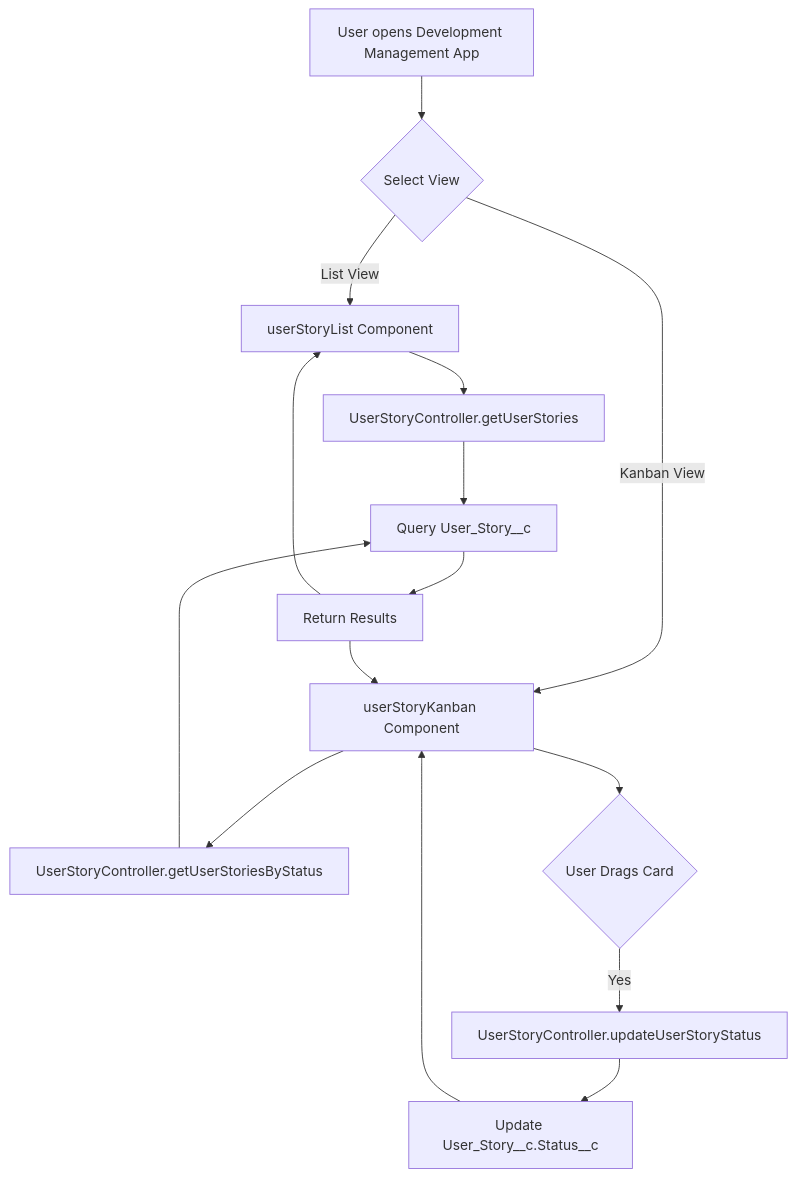
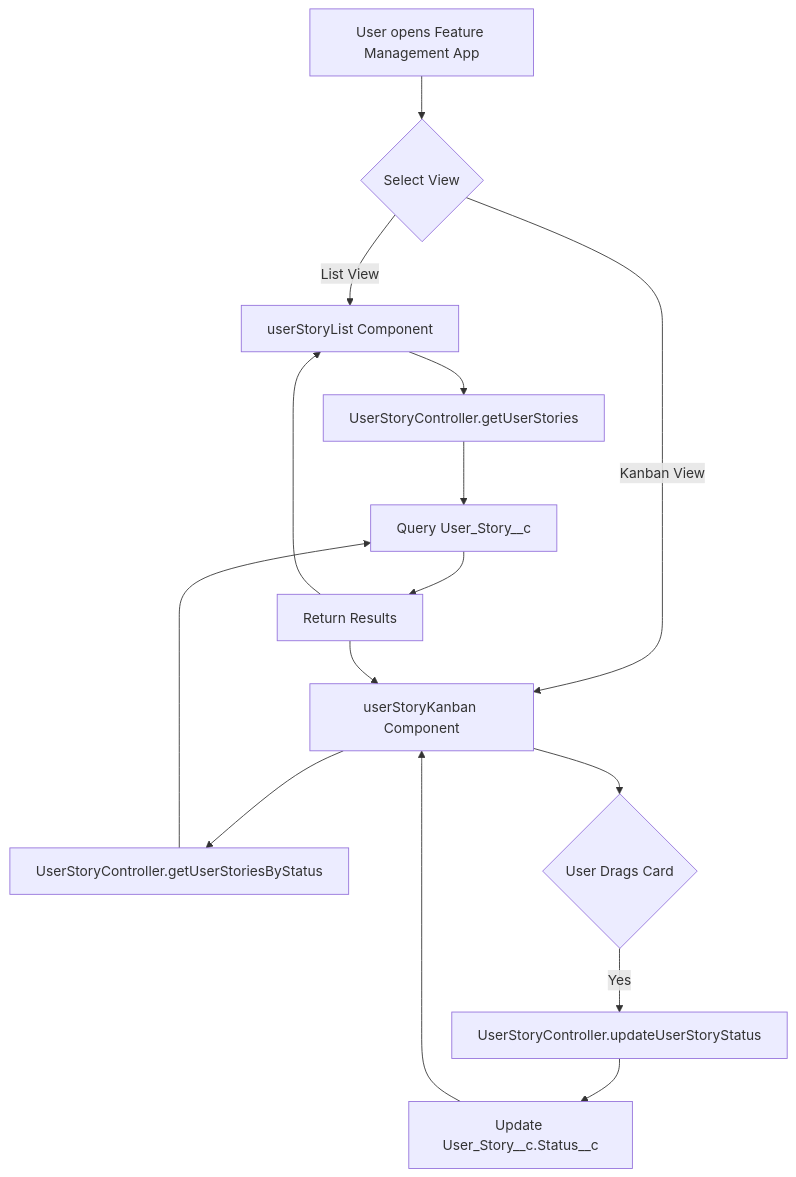
The diagram in .cursor/plans/user_story_management_app_16fde824.plan.md (kdonahueSFDC/AGENT_1), drawn with Mermaid before and after one commit. The commit also changed other lines of this file and 1 other file, not shown here.

Commit message:
Complete custom app configuration: remove utility bar reference and set default landing page

````diff
--- a/.cursor/plans/user_story_management_app_16fde824.plan.md
+++ b/.cursor/plans/user_story_management_app_16fde824.plan.md
@@ -304,17 +288,17 @@
 ```mermaid
 flowchart TD
-    A[User opens Development Management App] --> B{Select View}
+    A[User opens Feature Management App] --> B{Select View}
     B -->|List View| C[userStoryList Component]
     B -->|Kanban View| D[userStoryKanban Component]
     C --> E[UserStoryController.getUserStories]
     D --> F[UserStoryController.getUserStoriesByStatus]
     E --> G[Query User_Story__c]
     F --> G
     G --> H[Return Results]
     H --> C
     H --> D
     D --> I{User Drags Card}
     I -->|Yes| J[UserStoryController.updateUserStoryStatus]
     J --> K[Update User_Story__c.Status__c]
     K --> D
 ```
````
